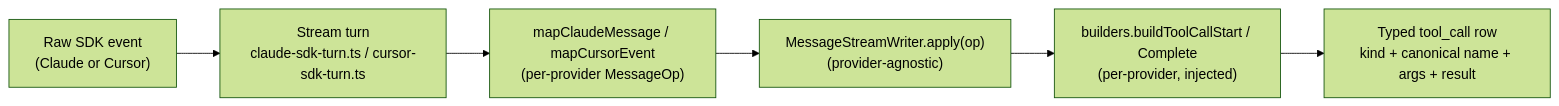
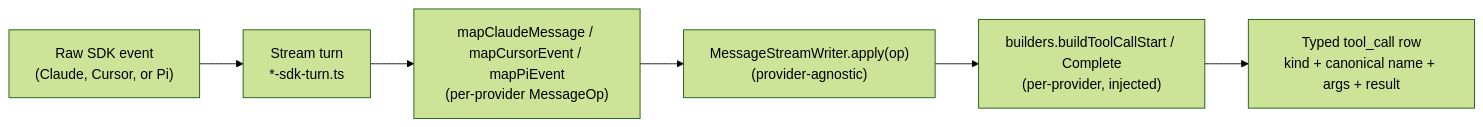
Before and after one commit to adrien-k/baguette: the diagram in docs/implementation/agent-message-mapping.md, drawn with Mermaid (forest theme). The commit also changed other lines of this file and 83 other files, not shown here.

````diff
--- a/docs/implementation/agent-message-mapping.md
+++ b/docs/implementation/agent-message-mapping.md
@@ -12,9 +13,9 @@
 ```mermaid
 flowchart LR
-  SDK["Raw SDK event<br/>(Claude or Cursor)"] -->
-  Loop["Stream turn<br/>claude-sdk-turn.ts / cursor-sdk-turn.ts"] -->
-  Mapper["mapClaudeMessage / mapCursorEvent<br/>(per-provider MessageOp)"] -->
+  SDK["Raw SDK event<br/>(Claude, Cursor, or Pi)"] -->
+  Loop["Stream turn<br/>*-sdk-turn.ts"] -->
+  Mapper["mapClaudeMessage / mapCursorEvent / mapPiEvent<br/>(per-provider MessageOp)"] -->
   Writer["MessageStreamWriter.apply(op)<br/>(provider-agnostic)"] -->
   Builder["builders.buildToolCallStart / Complete<br/>(per-provider, injected)"] -->
   Row["Typed tool_call row<br/>kind + canonical name + args + result"]
 ```
````
